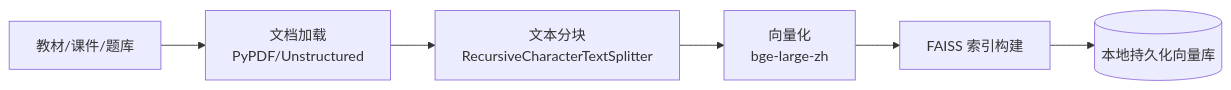
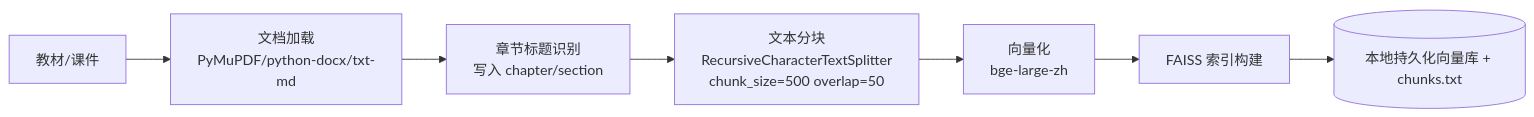
One commit to lz204/ai-classroom changed the seventh of 10 diagrams in AI_Classroom_多智能体互动教学课堂_项目文档.md. Above: the diagram before and after it, drawn with Mermaid. The commit also changed other lines of this file and 1 other file, not shown here.

````diff
--- a/AI_Classroom_多智能体互动教学课堂_项目文档.md
+++ b/AI_Classroom_多智能体互动教学课堂_项目文档.md
@@ -581,8 +705,9 @@
 ```mermaid
 graph LR
-    A[教材/课件/题库] --> B[文档加载<br/>PyPDF/Unstructured]
-    B --> C[文本分块<br/>RecursiveCharacterTextSplitter]
-    C --> D[向量化<br/>bge-large-zh]
-    D --> E[FAISS 索引构建]
-    E --> F[(本地持久化向量库)]
+    A[教材/课件] --> B[文档加载<br/>PyMuPDF/python-docx/txt-md]
+    B --> C[章节标题识别<br/>写入 chapter/section]
+    C --> D[文本分块<br/>RecursiveCharacterTextSplitter<br/>chunk_size=500 overlap=50]
+    D --> E[向量化<br/>bge-large-zh]
+    E --> F[FAISS 索引构建]
+    F --> G[(本地持久化向量库 + chunks.txt)]
 ```
````
